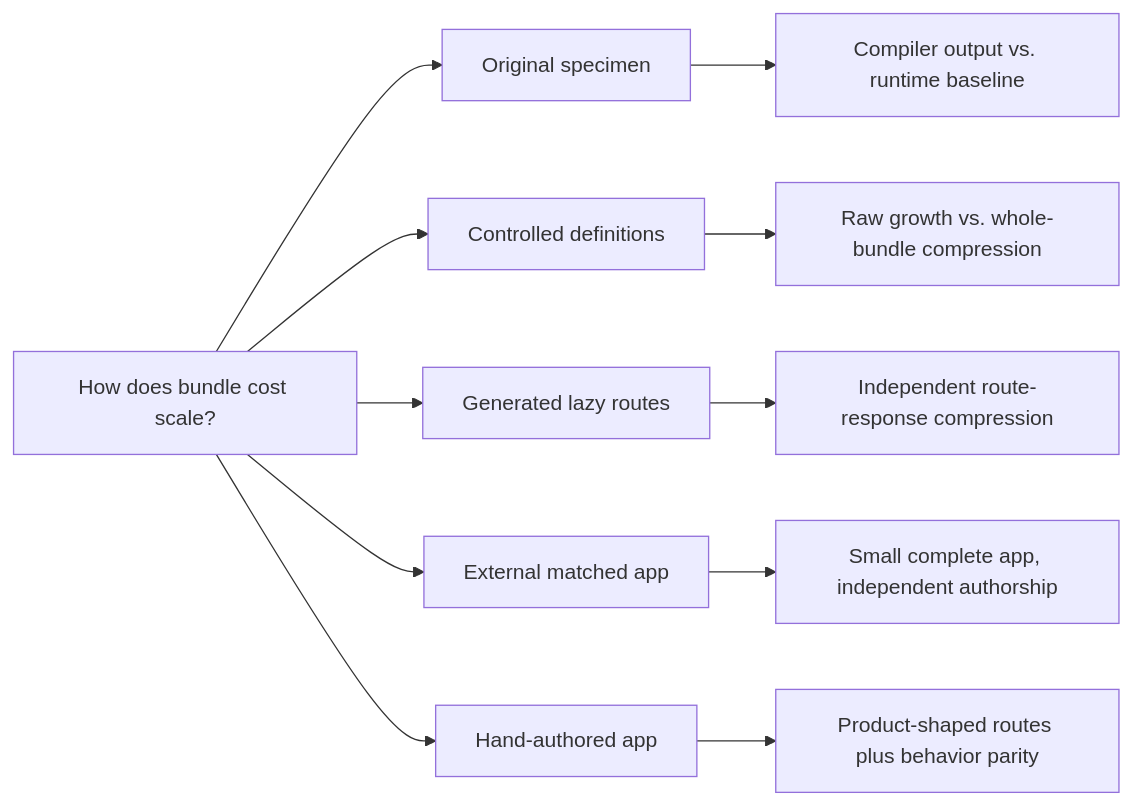
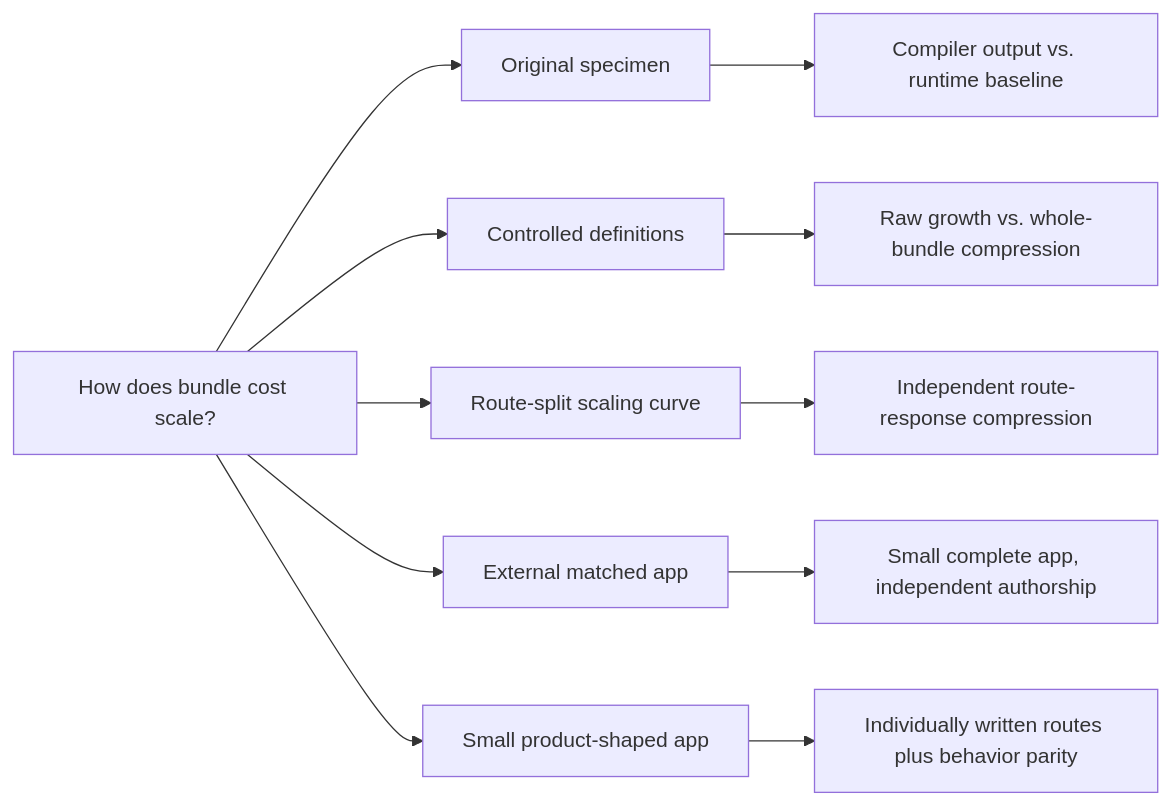
Before and after one commit to silouanwright/vue-svelte-bundle-scaling: the diagram in README.md, drawn with Mermaid. The commit also changed other lines of this file and 12 other files, not shown here.

````diff
--- a/README.md
+++ b/README.md
@@ -189,14 +299,14 @@
 ```mermaid
 flowchart LR
     Q["How does bundle cost scale?"]
     Q --> O["Original specimen"]
     Q --> C["Controlled definitions"]
-    Q --> R["Generated lazy routes"]
+    Q --> R["Route-split scaling curve"]
     Q --> M["External matched app"]
-    Q --> H["Hand-authored app"]
+    Q --> H["Small product-shaped app"]
     O --> O2["Compiler output vs. runtime baseline"]
     C --> C2["Raw growth vs. whole-bundle compression"]
     R --> R2["Independent route-response compression"]
     M --> M2["Small complete app, independent authorship"]
-    H --> H2["Product-shaped routes plus behavior parity"]
+    H --> H2["Individually written routes plus behavior parity"]
 ```
````
